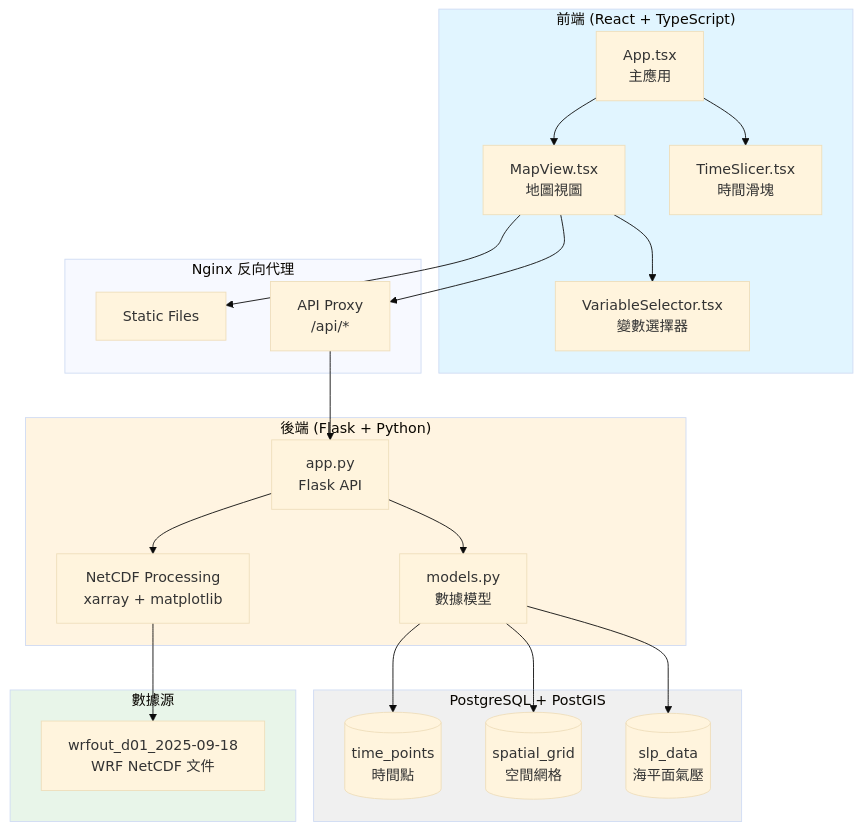
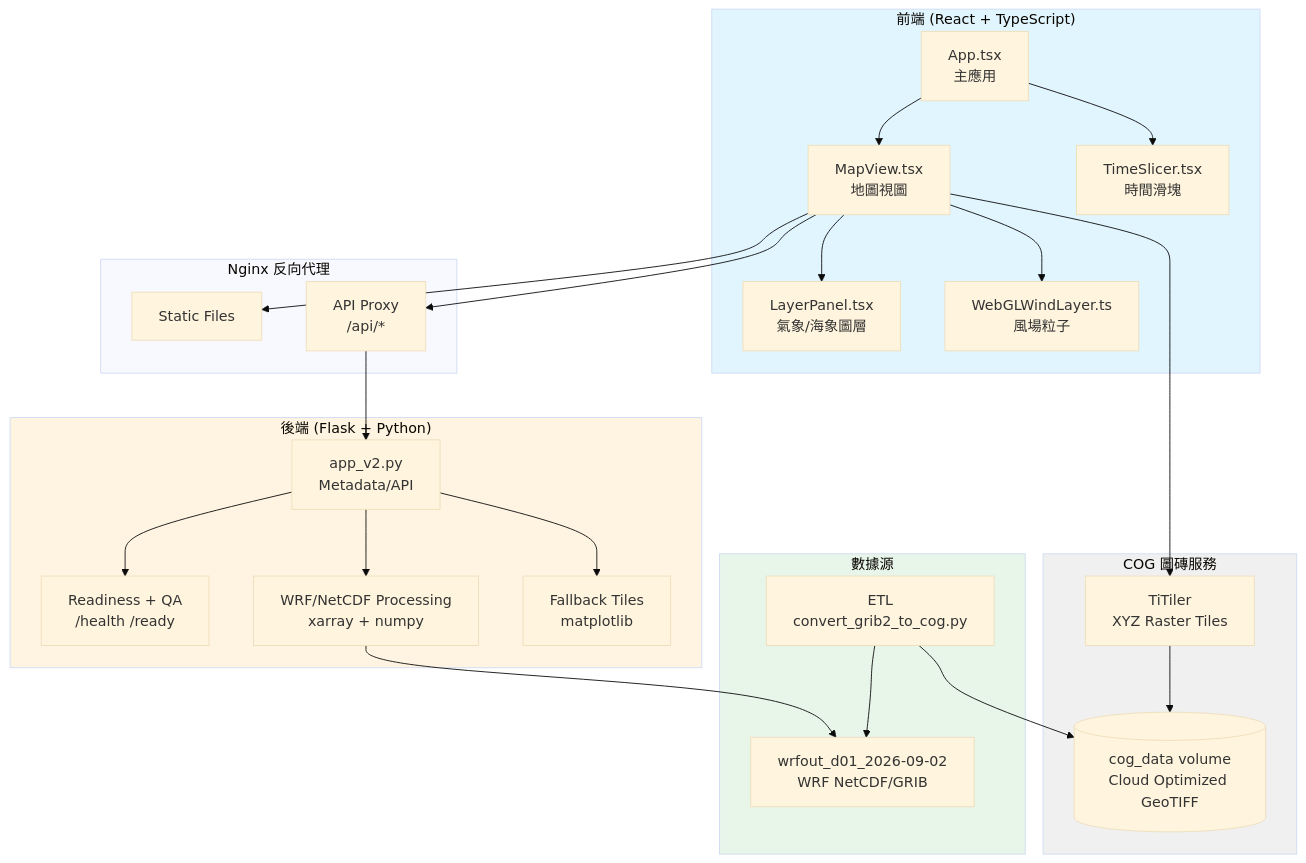
One commit to DengShunChen/maritime-platform changed the diagram in README.md. Above: the diagram before and after it, drawn with Mermaid (base theme). The commit also changed other lines of this file and 38 other files, not shown here.

````diff
--- a/README.md
+++ b/README.md
@@ -20,48 +22,53 @@
 ```mermaid
 graph TB
     subgraph Frontend["前端 (React + TypeScript)"]
         A[App.tsx<br/>主應用]
         B[MapView.tsx<br/>地圖視圖]
         C[TimeSlicer.tsx<br/>時間滑塊]
-        D[VariableSelector.tsx<br/>變數選擇器]
+        D[LayerPanel.tsx<br/>氣象/海象圖層]
+        W[WebGLWindLayer.ts<br/>風場粒子]
     end
     
     subgraph Nginx["Nginx 反向代理"]
         E[Static Files]
         F[API Proxy<br/>/api/*]
     end
     
     subgraph Backend["後端 (Flask + Python)"]
-        G[app.py<br/>Flask API]
-        H[models.py<br/>數據模型]
-        I[NetCDF Processing<br/>xarray + matplotlib]
+        G[app_v2.py<br/>Metadata/API]
+        H[Readiness + QA<br/>/health /ready]
+        I[WRF/NetCDF Processing<br/>xarray + numpy]
+        R[Fallback Tiles<br/>matplotlib]
     end
-    
-    subgraph Database["PostgreSQL + PostGIS"]
-        J[(time_points<br/>時間點)]
-        K[(spatial_grid<br/>空間網格)]
-        L[(slp_data<br/>海平面氣壓)]
+
+    subgraph Tiling["COG 圖磚服務"]
+        T[TiTiler<br/>XYZ Raster Tiles]
+        O[(cog_data volume<br/>Cloud Optimized GeoTIFF)]
     end
     
     subgraph Data["數據源"]
-        M[wrfout_d01_2025-09-18<br/>WRF NetCDF 文件]
+        M[wrfout_d01_2026-09-02<br/>WRF NetCDF/GRIB]
+        X[ETL<br/>convert_grib2_to_cog.py]
     end
     
     A --> B
     A --> C
     B --> D
+    B --> W
     B --> E
     B --> F
     F --> G
+    G --> I
     G --> H
-    H --> J
-    H --> K
-    H --> L
-    G --> I
+    G --> R
     I --> M
+    X --> M
+    X --> O
+    T --> O
+    B --> T
 
     style Frontend fill:#e1f5ff
     style Backend fill:#fff4e1
-    style Database fill:#f0f0f0
+    style Tiling fill:#f0f0f0
     style Data fill:#e8f5e9
 ```
````
